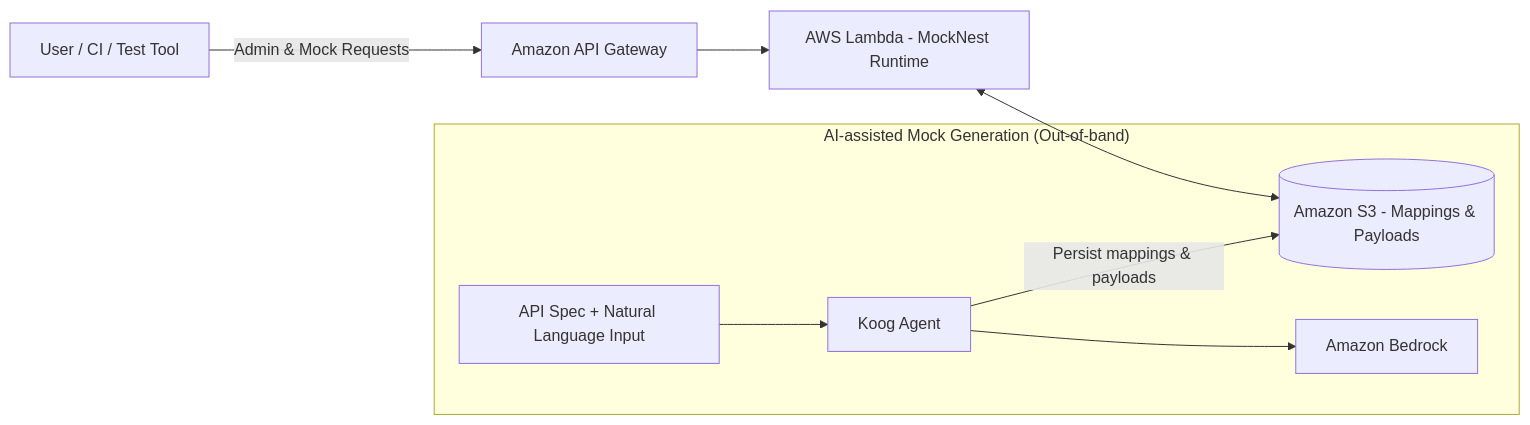
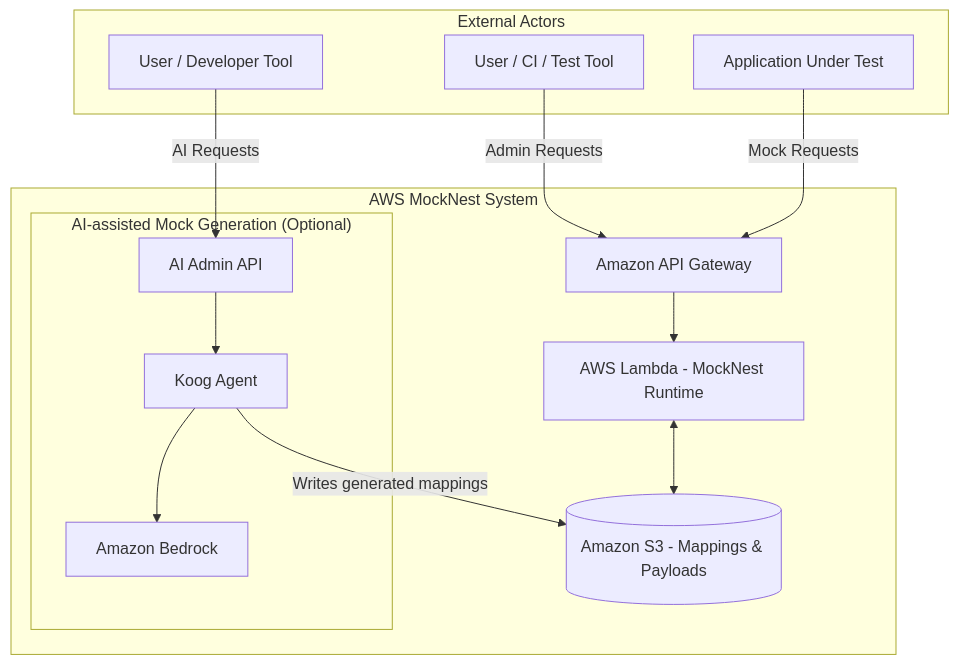
The diagram in .kiro/steering/03-aws-services.md (elenavanengelenmaslova/mocknest-serverless), drawn with Mermaid before and after one commit. The commit also changed other lines of this file and 1 other file, not shown here.

Commit message:
update diagrams

````diff
--- a/.kiro/steering/03-aws-services.md
+++ b/.kiro/steering/03-aws-services.md
@@ -5,17 +5,30 @@
 ```mermaid
-flowchart LR
-    USER[User / CI / Test Tool]
+flowchart TB
+    subgraph Actors["External Actors"]
+        USER[User / CI / Test Tool]
+        AIUSER[User / Developer Tool]
+        APP[Application Under Test]
+    end
 
-    USER -->|Admin & Mock Requests| APIGW[Amazon API Gateway]
-    APIGW --> LAMBDA[AWS Lambda - MockNest Runtime]
-    LAMBDA <--> S3[(Amazon S3 - Mappings & Payloads)]
+    subgraph AWS["AWS MockNest System"]
+        APIGW[Amazon API Gateway]
+        LAMBDA[AWS Lambda - MockNest Runtime]
+        S3[(Amazon S3 - Mappings & Payloads)]
 
-    subgraph AI["AI-assisted Mock Generation (Out-of-band)"]
-        SPEC[API Spec + Natural Language Input]
-        KOOG[Koog Agent]
-        BEDROCK[Amazon Bedrock]
-        SPEC --> KOOG
-        KOOG --> BEDROCK
-        KOOG -->|Persist mappings & payloads| S3
+        subgraph AI["AI-assisted Mock Generation (Optional)"]
+            AIADMIN[AI Admin API]
+            KOOG[Koog Agent]
+            BEDROCK[Amazon Bedrock]
+            
+            AIADMIN --> KOOG
+            KOOG --> BEDROCK
+        end
     end
+
+    USER -->|Admin Requests| APIGW
+    APP -->|Mock Requests| APIGW
+    AIUSER -->|AI Requests| AIADMIN
+    APIGW --> LAMBDA
+    LAMBDA <--> S3
+    KOOG -->|Writes generated mappings| S3
 ```
````
